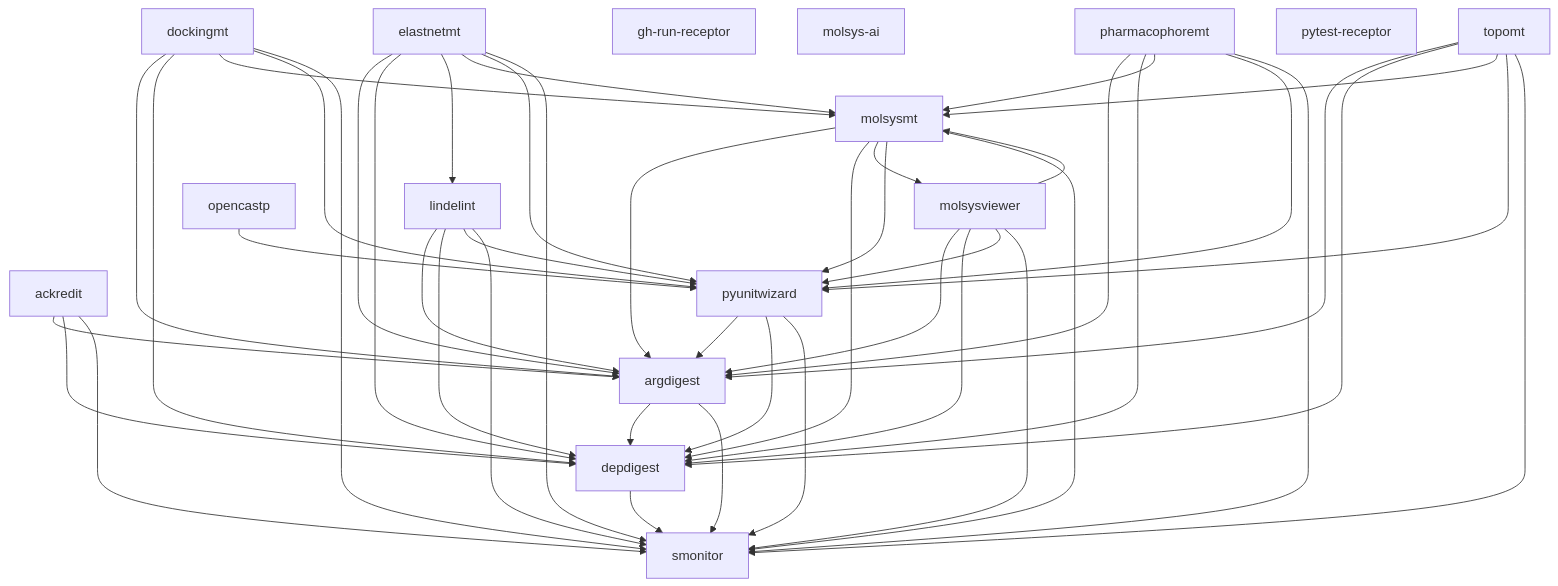
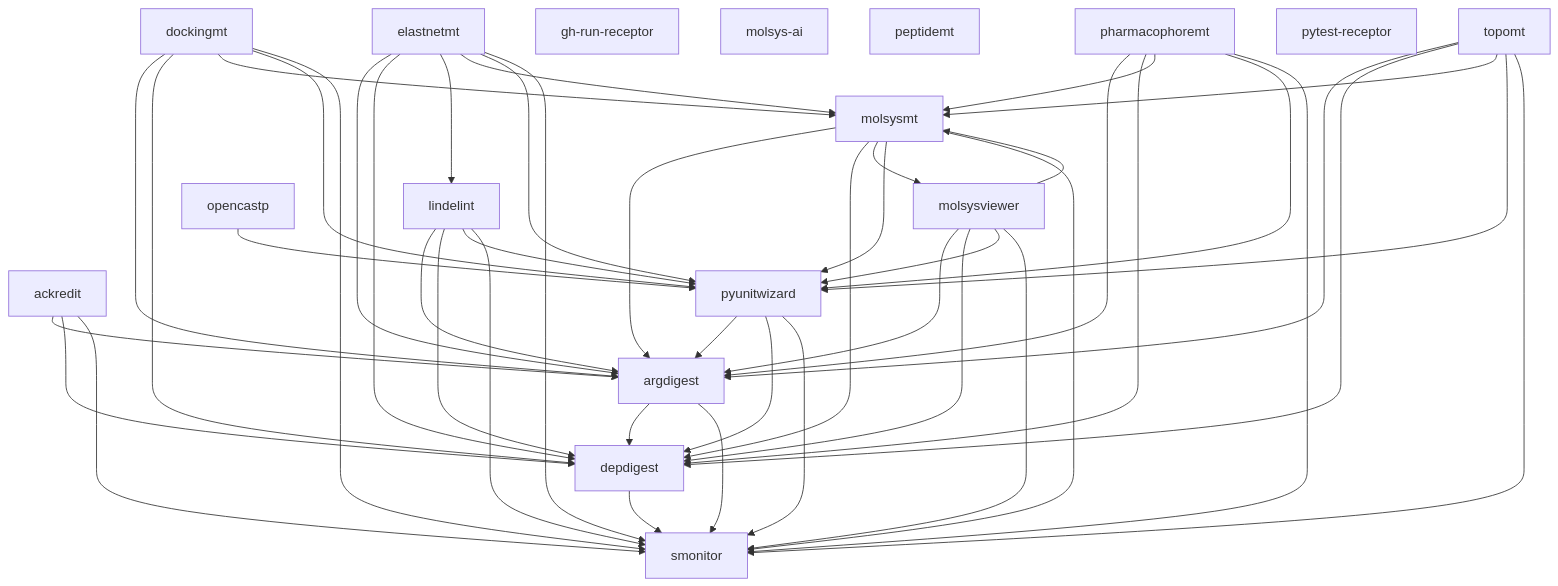
Before and after one commit to uibcdf/molsyssuite: the diagram in devguide/component_dependencies.md, drawn with Mermaid. The commit also changed other lines of this file and 11 other files, not shown here.

````diff
--- a/devguide/component_dependencies.md
+++ b/devguide/component_dependencies.md
@@ -11,64 +11,65 @@
 ```mermaid
 flowchart TD
   n0["ackredit"]
   n1["argdigest"]
   n2["depdigest"]
   n3["dockingmt"]
   n4["elastnetmt"]
   n5["gh-run-receptor"]
   n6["lindelint"]
   n7["molsys-ai"]
   n8["molsysmt"]
   n9["molsysviewer"]
   n10["opencastp"]
-  n11["pharmacophoremt"]
-  n12["pytest-receptor"]
-  n13["pyunitwizard"]
-  n14["smonitor"]
-  n15["topomt"]
+  n11["peptidemt"]
+  n12["pharmacophoremt"]
+  n13["pytest-receptor"]
+  n14["pyunitwizard"]
+  n15["smonitor"]
+  n16["topomt"]
   n0 --> n1
   n0 --> n2
-  n0 --> n14
+  n0 --> n15
   n1 --> n2
-  n1 --> n14
-  n2 --> n14
+  n1 --> n15
+  n2 --> n15
   n3 --> n1
   n3 --> n2
   n3 --> n8
-  n3 --> n13
   n3 --> n14
+  n3 --> n15
   n4 --> n1
   n4 --> n2
   n4 --> n6
   n4 --> n8
-  n4 --> n13
   n4 --> n14
+  n4 --> n15
   n6 --> n1
   n6 --> n2
-  n6 --> n13
   n6 --> n14
+  n6 --> n15
   n8 --> n1
   n8 --> n2
   n8 --> n9
-  n8 --> n13
   n8 --> n14
+  n8 --> n15
   n9 --> n1
   n9 --> n2
   n9 --> n8
-  n9 --> n13
   n9 --> n14
-  n10 --> n13
-  n11 --> n1
-  n11 --> n2
-  n11 --> n8
-  n11 --> n13
-  n11 --> n14
-  n13 --> n1
-  n13 --> n2
-  n13 --> n14
-  n15 --> n1
-  n15 --> n2
-  n15 --> n8
-  n15 --> n13
-  n15 --> n14
+  n9 --> n15
+  n10 --> n14
+  n12 --> n1
+  n12 --> n2
+  n12 --> n8
+  n12 --> n14
+  n12 --> n15
+  n14 --> n1
+  n14 --> n2
+  n14 --> n15
+  n16 --> n1
+  n16 --> n2
+  n16 --> n8
+  n16 --> n14
+  n16 --> n15
 ```
````
